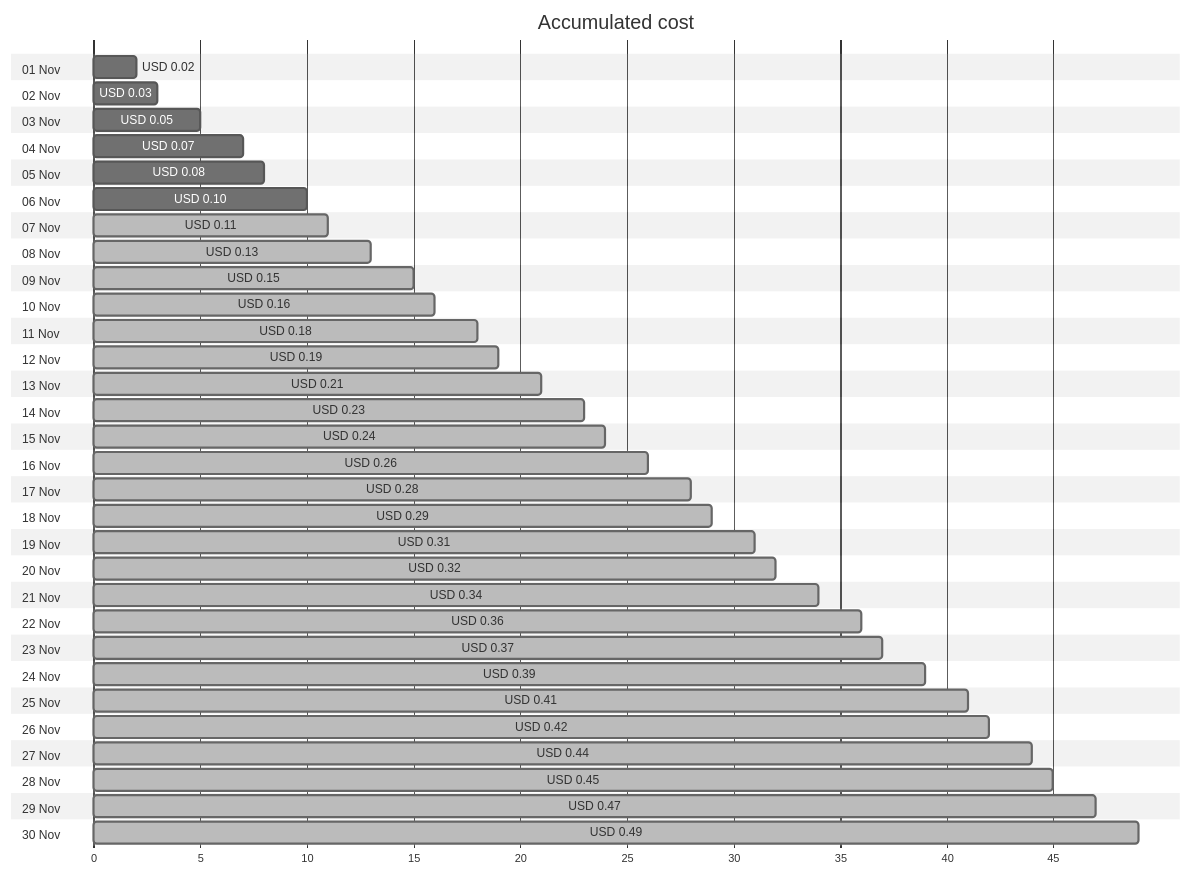
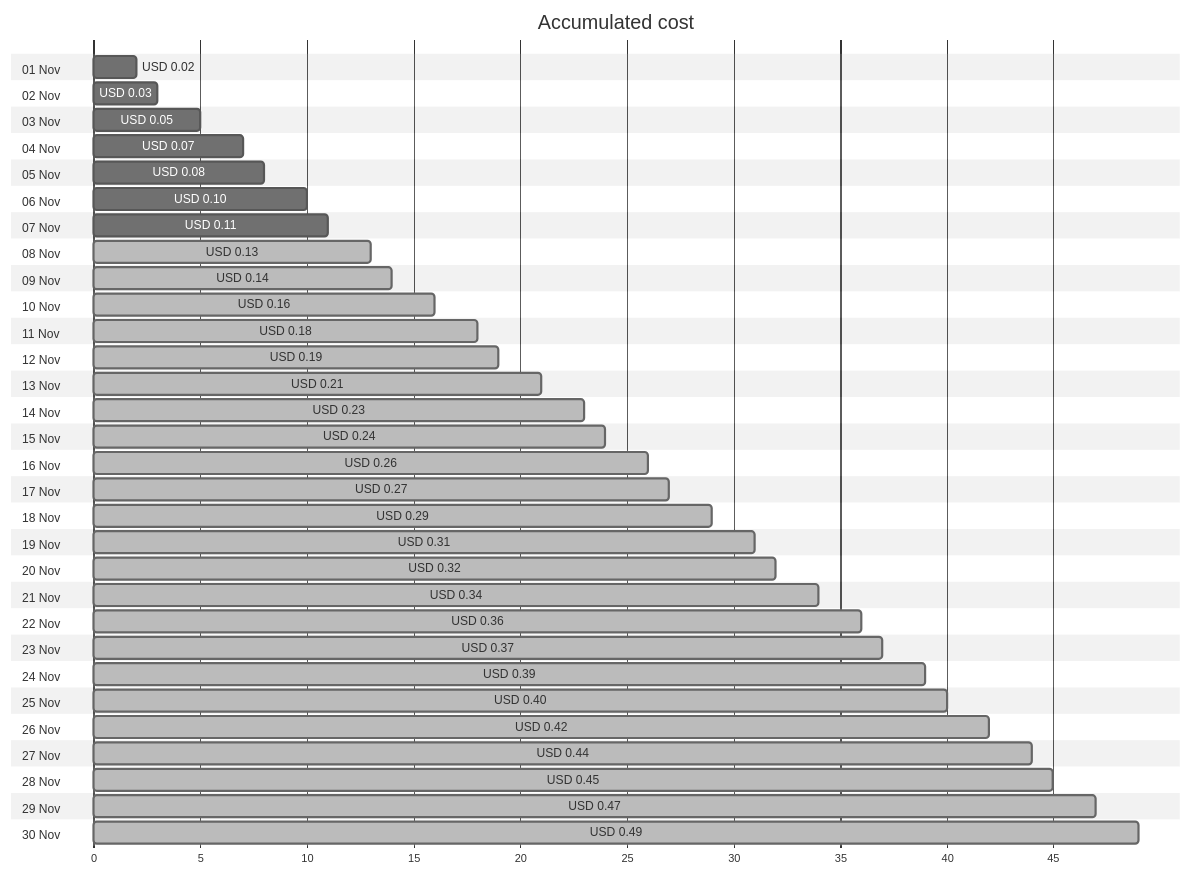
One commit to jpfulton/azure-personal-reports changed the first of 4 diagrams in cost-reports/personal-dns/jpatrickfulton.com.md. Above: the diagram before and after it, drawn with Mermaid (neutral theme). The commit also changed other lines of this file and 2 other files, not shown here.

````diff
--- a/cost-reports/personal-dns/jpatrickfulton.com.md
+++ b/cost-reports/personal-dns/jpatrickfulton.com.md
@@ -20,66 +20,66 @@
 ```mermaid
 gantt
    title Accumulated cost
    dateFormat  X
    axisFormat %s
    section 01 Nov
    USD 0.02 :0, 2
    section 02 Nov
    USD 0.03 :0, 3
    section 03 Nov
    USD 0.05 :0, 5
    section 04 Nov
    USD 0.07 :0, 7
    section 05 Nov
    USD 0.08 :0, 8
    section 06 Nov
    USD 0.10 :0, 10
    section 07 Nov
-   USD 0.11 : done, 0, 11
+   USD 0.11 :0, 11
    section 08 Nov
    USD 0.13 : done, 0, 13
    section 09 Nov
-   USD 0.15 : done, 0, 15
+   USD 0.14 : done, 0, 14
    section 10 Nov
    USD 0.16 : done, 0, 16
    section 11 Nov
    USD 0.18 : done, 0, 18
    section 12 Nov
    USD 0.19 : done, 0, 19
    section 13 Nov
    USD 0.21 : done, 0, 21
    section 14 Nov
    USD 0.23 : done, 0, 23
    section 15 Nov
    USD 0.24 : done, 0, 24
    section 16 Nov
    USD 0.26 : done, 0, 26
    section 17 Nov
-   USD 0.28 : done, 0, 28
+   USD 0.27 : done, 0, 27
    section 18 Nov
    USD 0.29 : done, 0, 29
    section 19 Nov
    USD 0.31 : done, 0, 31
    section 20 Nov
    USD 0.32 : done, 0, 32
    section 21 Nov
    USD 0.34 : done, 0, 34
    section 22 Nov
    USD 0.36 : done, 0, 36
    section 23 Nov
    USD 0.37 : done, 0, 37
    section 24 Nov
    USD 0.39 : done, 0, 39
    section 25 Nov
-   USD 0.41 : done, 0, 41
+   USD 0.40 : done, 0, 40
    section 26 Nov
    USD 0.42 : done, 0, 42
    section 27 Nov
    USD 0.44 : done, 0, 44
    section 28 Nov
    USD 0.45 : done, 0, 45
    section 29 Nov
    USD 0.47 : done, 0, 47
    section 30 Nov
    USD 0.49 : done, 0, 49
 ```
````
